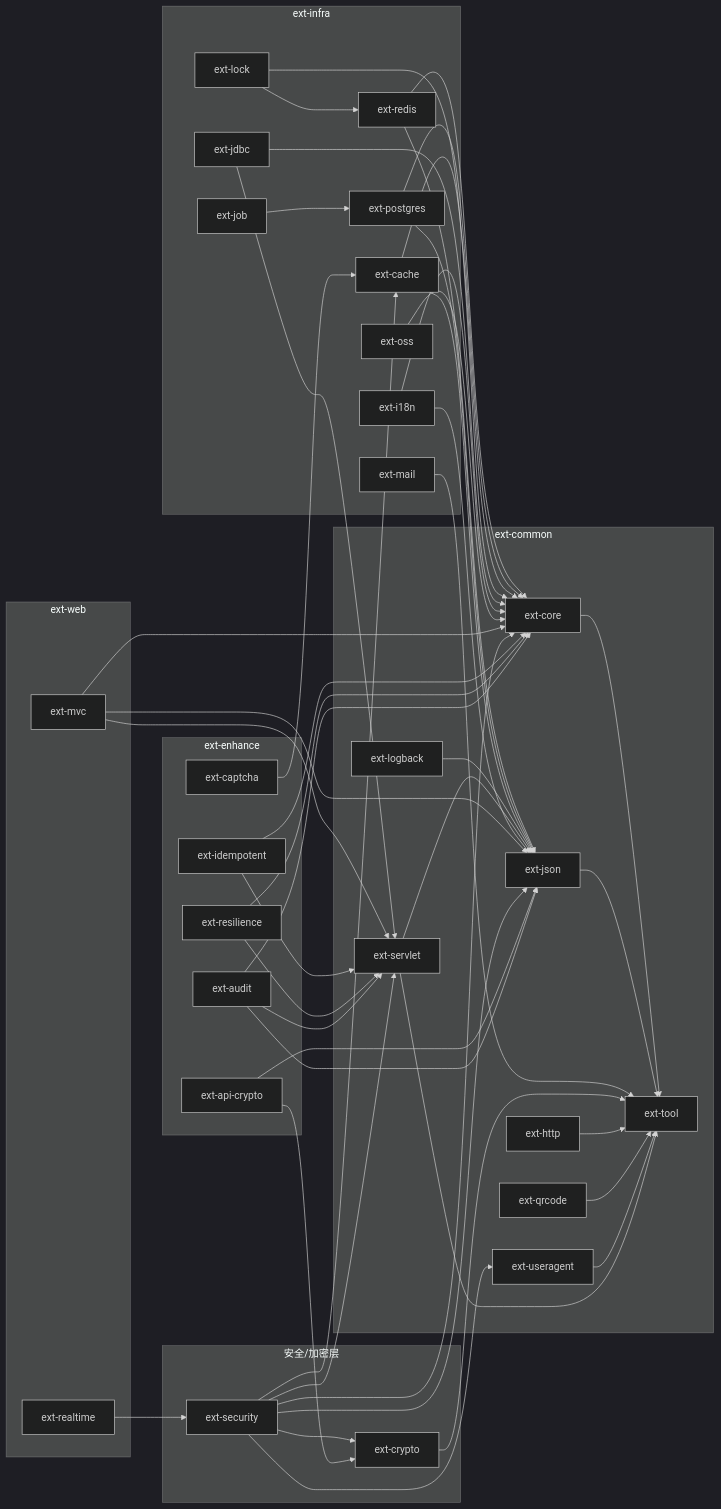
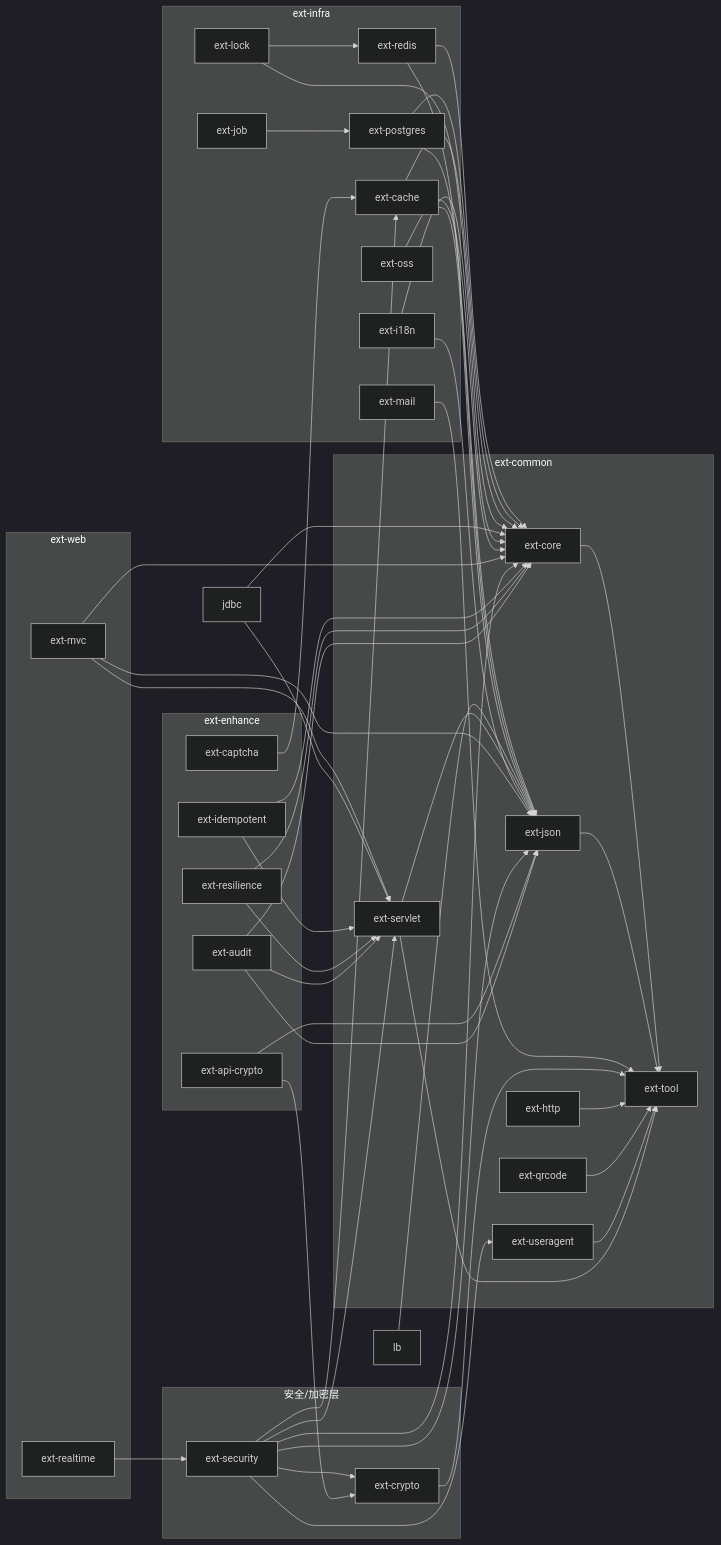
The diagram in architecture.md (hygge3/ext-library), drawn with Mermaid (dark theme) before and after one commit. The commit also changed other lines of this file and 97 other files, not shown here.

Commit message:
refactor: 删 ext-logback 与 ext-jdbc、DataScope，访问日志去掩码，启动日志只留选型

````diff
--- a/architecture.md
+++ b/architecture.md
@@ -27,42 +27,42 @@
 ```mermaid
 graph LR
     subgraph L1[ext-common]
         tool[ext-tool]; core[ext-core]; json[ext-json]; servlet[ext-servlet]
-        http[ext-http]; qrcode[ext-qrcode]; ua[ext-useragent]; lb[ext-logback]
+        http[ext-http]; qrcode[ext-qrcode]; ua[ext-useragent]
     end
     subgraph L2[ext-infra]
-        redis[ext-redis]; cache[ext-cache]; mail[ext-mail]; pg[ext-postgres]; lock[ext-lock]; jdbc[ext-jdbc]; job[ext-job]
+        redis[ext-redis]; cache[ext-cache]; mail[ext-mail]; pg[ext-postgres]; lock[ext-lock]; job[ext-job]
         i18n[ext-i18n]; oss[ext-oss]
     end
     subgraph L3[安全/加密层]
         sec[ext-security]; crypto[ext-crypto]
     end
     subgraph L4[ext-web]
         mvc[ext-mvc]; rt[ext-realtime]
     end
     subgraph L5[ext-enhance]
         captcha[ext-captcha]; idem[ext-idempotent]; apic[ext-api-crypto]; rl[ext-resilience]; audit[ext-audit]
     end
     core --> tool; json --> tool
     redis --> core; redis --> json
     pg --> core; pg --> json
     cache --> core; cache --> json
     lock --> core; lock --> redis
     jdbc --> core
     mail --> tool
     job --> pg
     crypto --> tool
     http --> tool; qrcode --> tool; ua --> tool
     lb --> json; servlet --> tool; servlet --> json
     i18n --> core; i18n --> json
     oss --> core
     mvc --> core; mvc --> json; mvc --> servlet
     sec --> core; sec --> json; sec --> crypto; sec --> cache; sec --> servlet; sec --> ua
     jdbc --> servlet
     rt --> sec
     captcha --> cache
     idem --> core; idem --> servlet
     apic --> crypto; apic --> json
     rl --> core; rl --> servlet
     audit --> core; audit --> json; audit --> servlet
 ```
````
